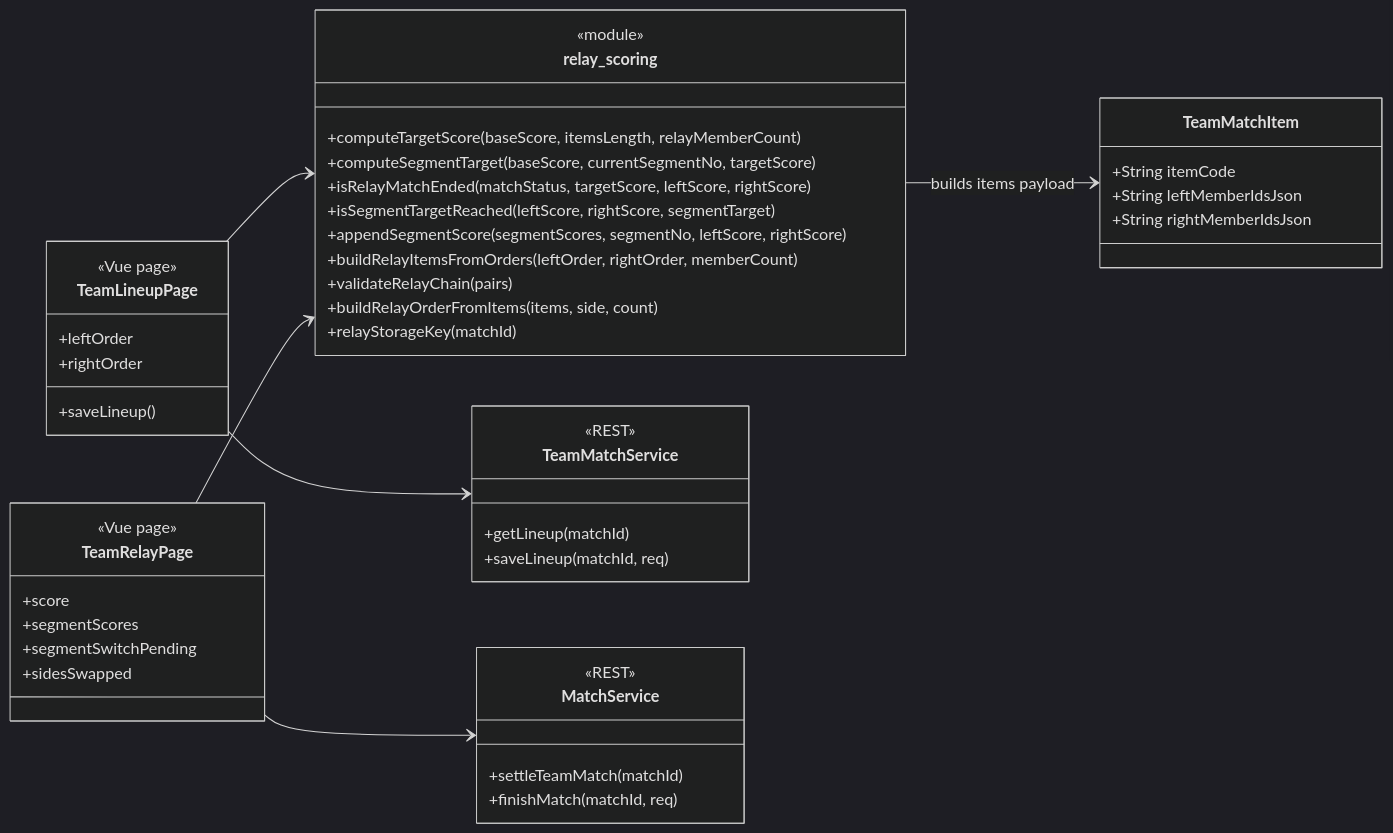
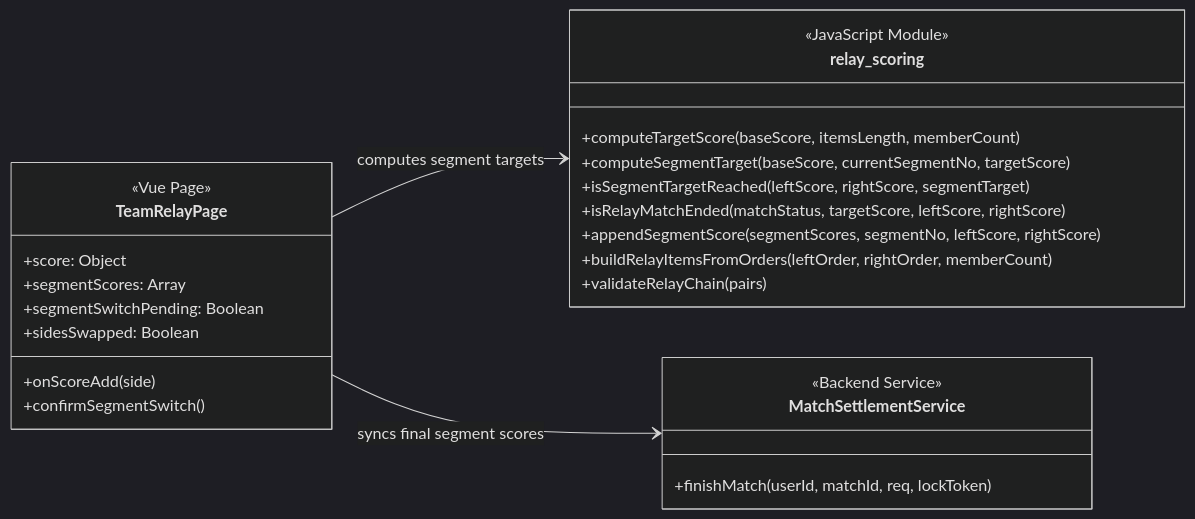
Before and after one commit to lijingyuu/Scoring: the seventh of 10 diagrams in docs/类图.md, drawn with Mermaid (dark theme). The commit also changed other lines of this file and 34 other files, not shown here.

First line of the commit message:
fix(review): 全链路审查缺陷修复与领域类图架构治理

````diff
--- a/docs/类图.md
+++ b/docs/类图.md
@@ -656,56 +625,33 @@
 ```mermaid
 classDiagram
 direction LR
 
 class TeamRelayPage {
-  <<Vue page>>
-  +score
-  +segmentScores
-  +segmentSwitchPending
-  +sidesSwapped
-}
-
-class TeamLineupPage {
-  <<Vue page>>
-  +leftOrder
-  +rightOrder
-  +saveLineup()
+  <<Vue Page>>
+  +score: Object
+  +segmentScores: Array
+  +segmentSwitchPending: Boolean
+  +sidesSwapped: Boolean
+  +onScoreAdd(side)
+  +confirmSegmentSwitch()
 }
 
 class relay_scoring {
-  <<module>>
-  +computeTargetScore(baseScore, itemsLength, relayMemberCount)
+  <<JavaScript Module>>
+  +computeTargetScore(baseScore, itemsLength, memberCount)
   +computeSegmentTarget(baseScore, currentSegmentNo, targetScore)
+  +isSegmentTargetReached(leftScore, rightScore, segmentTarget)
   +isRelayMatchEnded(matchStatus, targetScore, leftScore, rightScore)
-  +isSegmentTargetReached(leftScore, rightScore, segmentTarget)
   +appendSegmentScore(segmentScores, segmentNo, leftScore, rightScore)
   +buildRelayItemsFromOrders(leftOrder, rightOrder, memberCount)
   +validateRelayChain(pairs)
-  +buildRelayOrderFromItems(items, side, count)
-  +relayStorageKey(matchId)
 }
 
-class TeamMatchService {
-  <<REST>>
-  +getLineup(matchId)
-  +saveLineup(matchId, req)
+class MatchSettlementService {
+  <<Backend Service>>
+  +finishMatch(userId, matchId, req, lockToken)
 }
 
-class MatchService {
-  <<REST>>
-  +settleTeamMatch(matchId)
-  +finishMatch(matchId, req)
-}
-
-class TeamMatchItem {
-  +String itemCode
-  +String leftMemberIdsJson
-  +String rightMemberIdsJson
-}
-
-TeamLineupPage --> relay_scoring
-TeamRelayPage --> relay_scoring
-TeamLineupPage --> TeamMatchService
-TeamRelayPage --> MatchService
-relay_scoring --> TeamMatchItem : builds items payload
+TeamRelayPage --> relay_scoring : computes segment targets
+TeamRelayPage --> MatchSettlementService : syncs final segment scores
 ```
````
